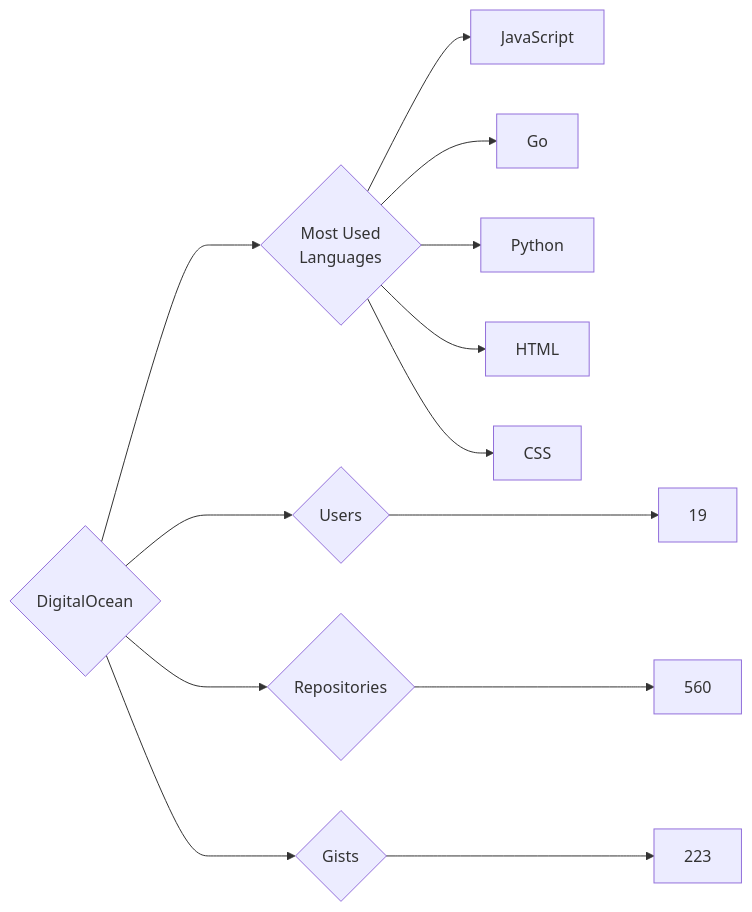
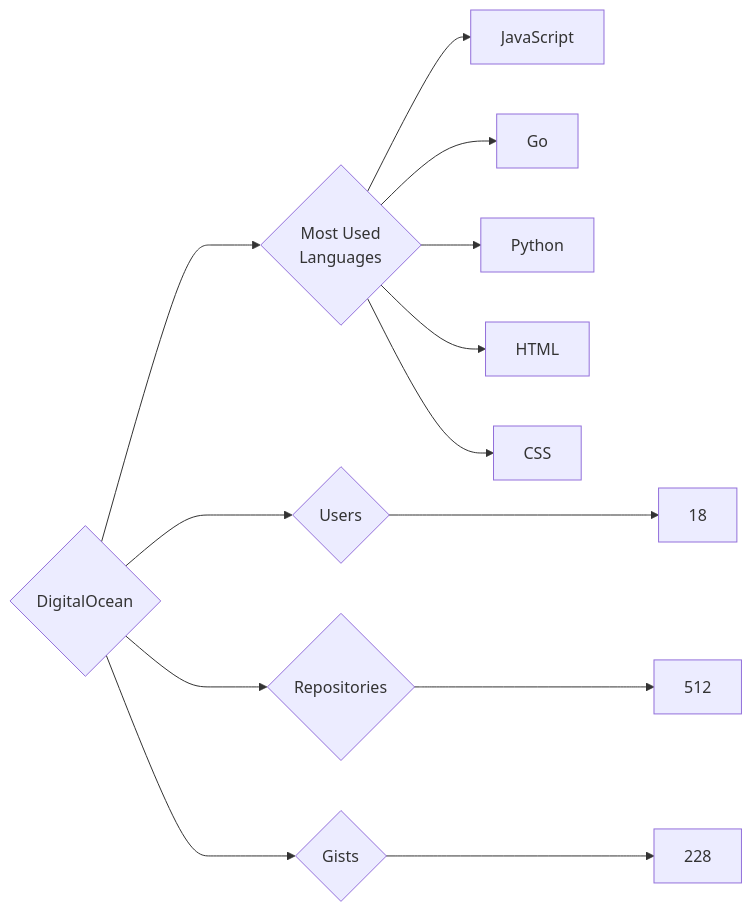
Before and after one commit to trickest/insiders: the diagram in targets/DigitalOcean/README.md, drawn with Mermaid. The commit also changed 611 other files, not shown here.

````diff
--- a/targets/DigitalOcean/README.md
+++ b/targets/DigitalOcean/README.md
@@ -3,13 +3,13 @@
 ```mermaid
 graph LR
 COMPANY_NAME{DigitalOcean}
-COMPANY_NAME ---> U{Users} ---> UN[19]
-COMPANY_NAME ---> R{Repositories} ---> RN[560]
-COMPANY_NAME ---> G{Gists} ---> GN[223]
+COMPANY_NAME ---> U{Users} ---> UN[18]
+COMPANY_NAME ---> R{Repositories} ---> RN[512]
+COMPANY_NAME ---> G{Gists} ---> GN[228]
 COMPANY_NAME ---> ML{Most Used<br>Languages}
 ML --> JavaScript[JavaScript]
 ML --> Go[Go]
 ML --> Python[Python]
 ML --> HTML[HTML]
 ML --> CSS[CSS]
 ```
````
